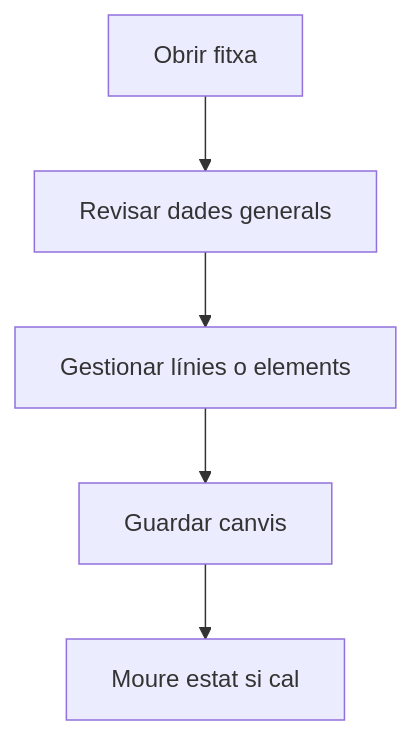
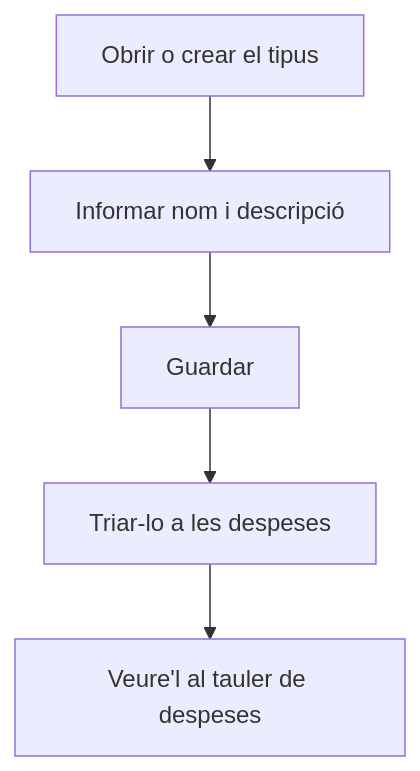
The diagram in frontend/src/help/ca/purchase/expensetype/detail.md (MGurtD/lilith), drawn with Mermaid before and after one commit. The commit also changed other lines of this file and 331 other files, not shown here.

````diff
--- a/frontend/src/help/ca/purchase/expensetype/detail.md
+++ b/frontend/src/help/ca/purchase/expensetype/detail.md
@@ -33,7 +34,7 @@
 ```mermaid
 flowchart TD
-    A[Obrir fitxa] --> B[Revisar dades generals]
-    B --> C[Gestionar línies o elements]
-    C --> D[Guardar canvis]
-    D --> E[Moure estat si cal]
+    A[Obrir o crear el tipus] --> B[Informar nom i descripció]
+    B --> C[Guardar]
+    C --> D[Triar-lo a les despeses]
+    D --> E[Veure'l al tauler de despeses]
 ```
````
